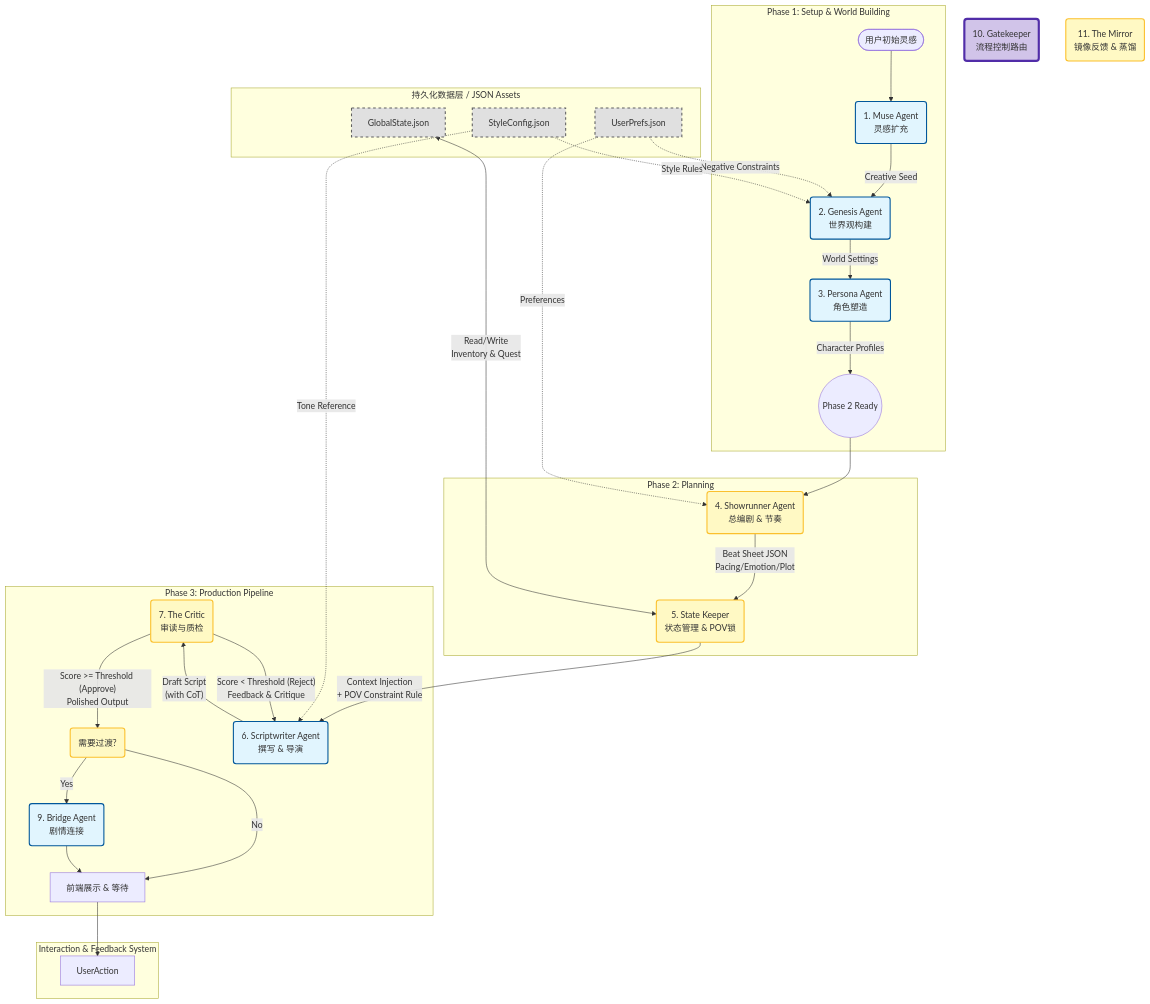
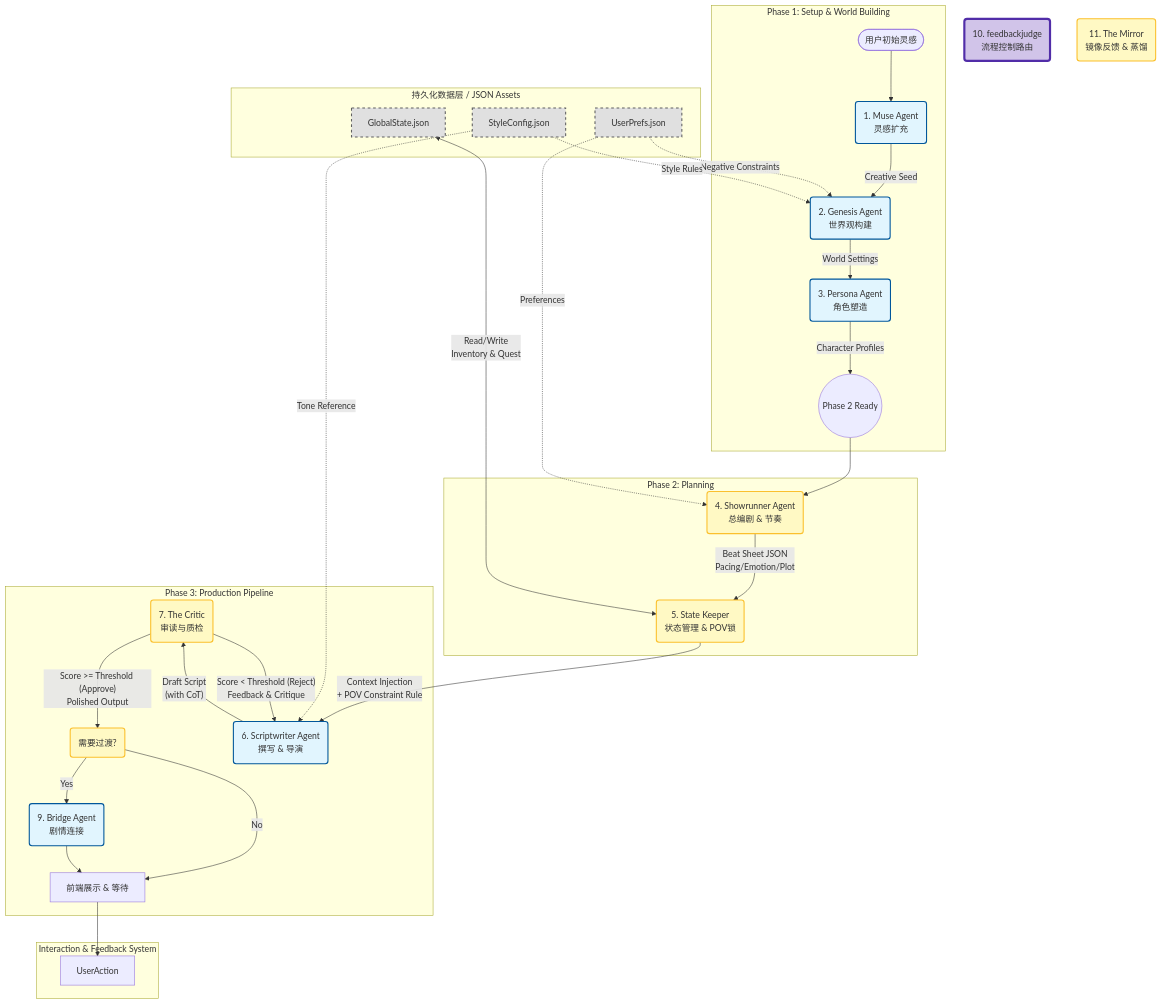
One commit to 1deaaa/spark-arc-studio changed the diagram in 实现计划.md. Above: the diagram before and after it, drawn with Mermaid. The commit also changed other lines of this file and 27 other files, not shown here.

````diff
--- a/实现计划.md
+++ b/实现计划.md
@@ -98,64 +98,64 @@
 ```mermaid
 graph TD
     %% 定义样式
     classDef creative fill:#e1f5fe,stroke:#01579b,stroke-width:2px;
     classDef logic fill:#fff9c4,stroke:#fbc02d,stroke-width:2px;
     classDef data fill:#e0e0e0,stroke:#616161,stroke-width:2px,stroke-dasharray: 5 5;
     classDef user fill:#fce4ec,stroke:#880e4f,stroke-width:2px;
     classDef router fill:#d1c4e9,stroke:#512da8,stroke-width:4px;
 
     %% 预先定义有问题的节点，避免内联定义冲突
     Critic(7. The Critic<br/>审读与质检):::logic
     BridgeCheck(需要过渡?):::logic
-    Gatekeeper(10. Gatekeeper<br/>流程控制路由):::router
+    feedbackjudge(10. feedbackjudge<br/>流程控制路由):::router
     Mirror(11. The Mirror<br/>镜像反馈 & 蒸馏):::logic
     
     %% 数据持久化层
     subgraph Database [持久化数据层 / JSON Assets]
         StyleConfig["StyleConfig.json"]:::data
         UserPrefs["UserPrefs.json"]:::data
         GlobalState["GlobalState.json"]:::data
     end
 
     %% Phase 1: 启动与设定
     subgraph Phase1 [Phase 1: Setup & World Building]
         UserIn([用户初始灵感]) --> Muse(1. Muse Agent<br/>灵感扩充):::creative
         Muse -->|Creative Seed| Genesis(2. Genesis Agent<br/>世界观构建):::creative
         UserPrefs -.->|Negative Constraints| Genesis
         StyleConfig -.->|Style Rules| Genesis
         Genesis -->|World Settings| Persona(3. Persona Agent<br/>角色塑造):::creative
         Persona -->|Character Profiles| Phase2Start((Phase 2 Ready))
     end
 
     %% Phase 2: 规划
     subgraph Phase2 [Phase 2: Planning]
         Phase2Start --> Showrunner(4. Showrunner Agent<br/>总编剧 & 节奏):::logic
         UserPrefs -.->|Preferences| Showrunner
         Showrunner -->|"Beat Sheet JSON<br/>Pacing/Emotion/Plot"| StateKeeper
     end
 
     %% Phase 3: 生产核心
     subgraph Phase3 [Phase 3: Production Pipeline]
         StateKeeper(5. State Keeper<br/>状态管理 & POV锁):::logic
         GlobalState <-->|"Read/Write<br/>Inventory & Quest"| StateKeeper
         
         StateKeeper -->|"Context Injection<br/>+ POV Constraint Rule"| Scriptwriter(6. Scriptwriter Agent<br/>撰写 & 导演):::creative
         StyleConfig -.->|Tone Reference| Scriptwriter
         
         %% --- 修复点：加上双引号 ---
         Scriptwriter -->|"Draft Script<br/>(with CoT)"| Critic
         
         Critic -- "Score < Threshold (Reject)<br/>Feedback & Critique" --> Scriptwriter
         Critic -- "Score >= Threshold (Approve)<br/>Polished Output" --> BridgeCheck
         
         BridgeCheck -- Yes --> Bridge(9. Bridge Agent<br/>剧情连接):::creative
         BridgeCheck -- No --> OutputUI[前端展示 & 等待]
         Bridge --> OutputUI
     end
 
     %% Phase 4: 反馈闭环 (路由核心)
     subgraph FeedbackLoop [Interaction & Feedback System]
         OutputUI --> UserAction
     end
     %% --- 修复点：补充 end ---
 ```
````
